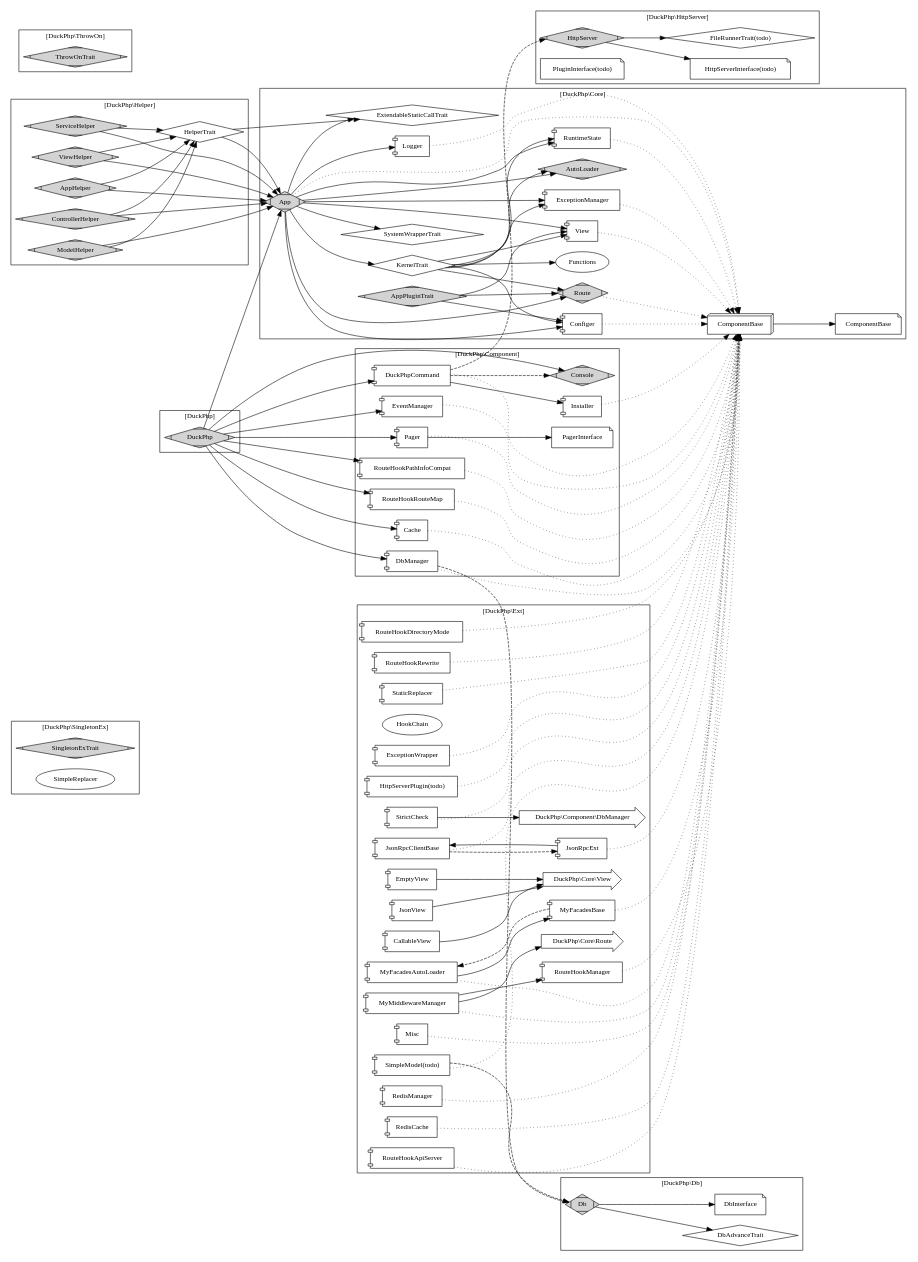
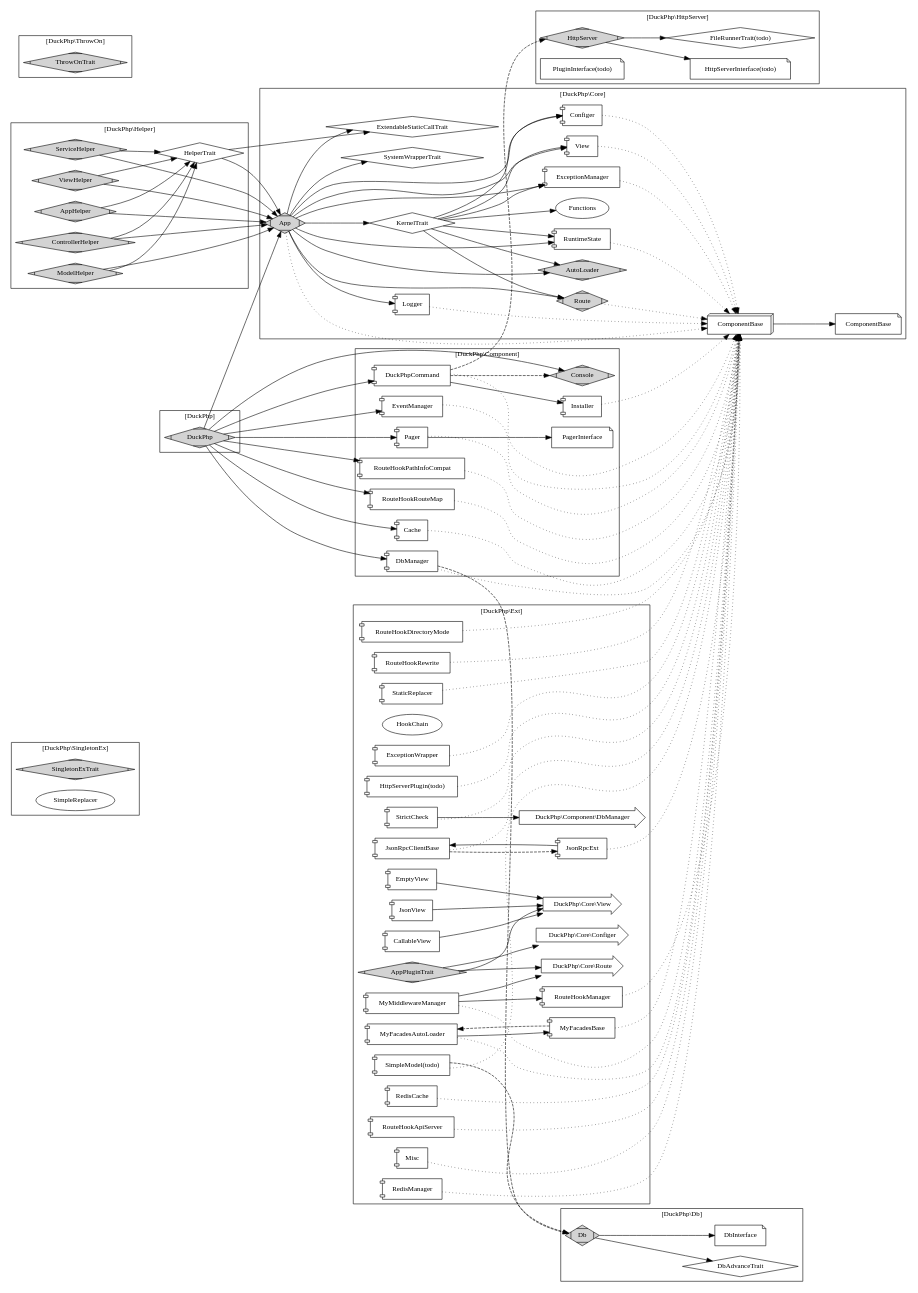
The diagram in docs/duckphp.gv (dvaknheo/duckphp), drawn with Graphviz before and after one commit. The commit also changed 3 other files, not shown here.

```diff
--- a/docs/duckphp.gv
+++ b/docs/duckphp.gv
@@ -14,7 +14,6 @@
     
     label = "[DuckPhp\\Core]";
 
-    AppPluginTrait [shape=Mdiamond;style=filled];
     App [label="App";shape=Mdiamond;style=filled]; 
     KernelTrait [label="KernelTrait";shape="diamond"];
     AutoLoader [label="AutoLoader";shape=Mdiamond;style=filled];
@@ -53,10 +52,7 @@
     App -> View;
     
     App -> ComponentBase [style="dotted"];
-    
-    AppPluginTrait -> Configer;
-    AppPluginTrait -> View;
-    AppPluginTrait -> Route;
+
     
     ExceptionManager -> ComponentBase [style="dotted"];
     Configer -> ComponentBase [style="dotted"];
@@ -201,6 +197,7 @@
     StaticReplacer [shape="component"];
     StrictCheck[shape="component"];
 
+    X_Core_Configer[label="DuckPhp\\Core\\Configer",shape="rarrow"];
     X_Core_Route[label="DuckPhp\\Core\\Route",shape="rarrow"];
     X_Core_View[label="DuckPhp\\Core\\View",shape="rarrow"];
     X_DbManager[label="DuckPhp\\Component\\DbManager",shape="rarrow"];
@@ -237,6 +234,11 @@
     SimpleModel ->Db_Db [style="dashed"];
     StrictCheck -> X_DbManager[style="solid"];
     
+    AppPluginTrait [shape=Mdiamond;style=filled];
+    AppPluginTrait -> X_Core_Configer;
+    AppPluginTrait -> X_Core_View;
+    AppPluginTrait -> X_Core_Route;
+
 
 }
 
```
